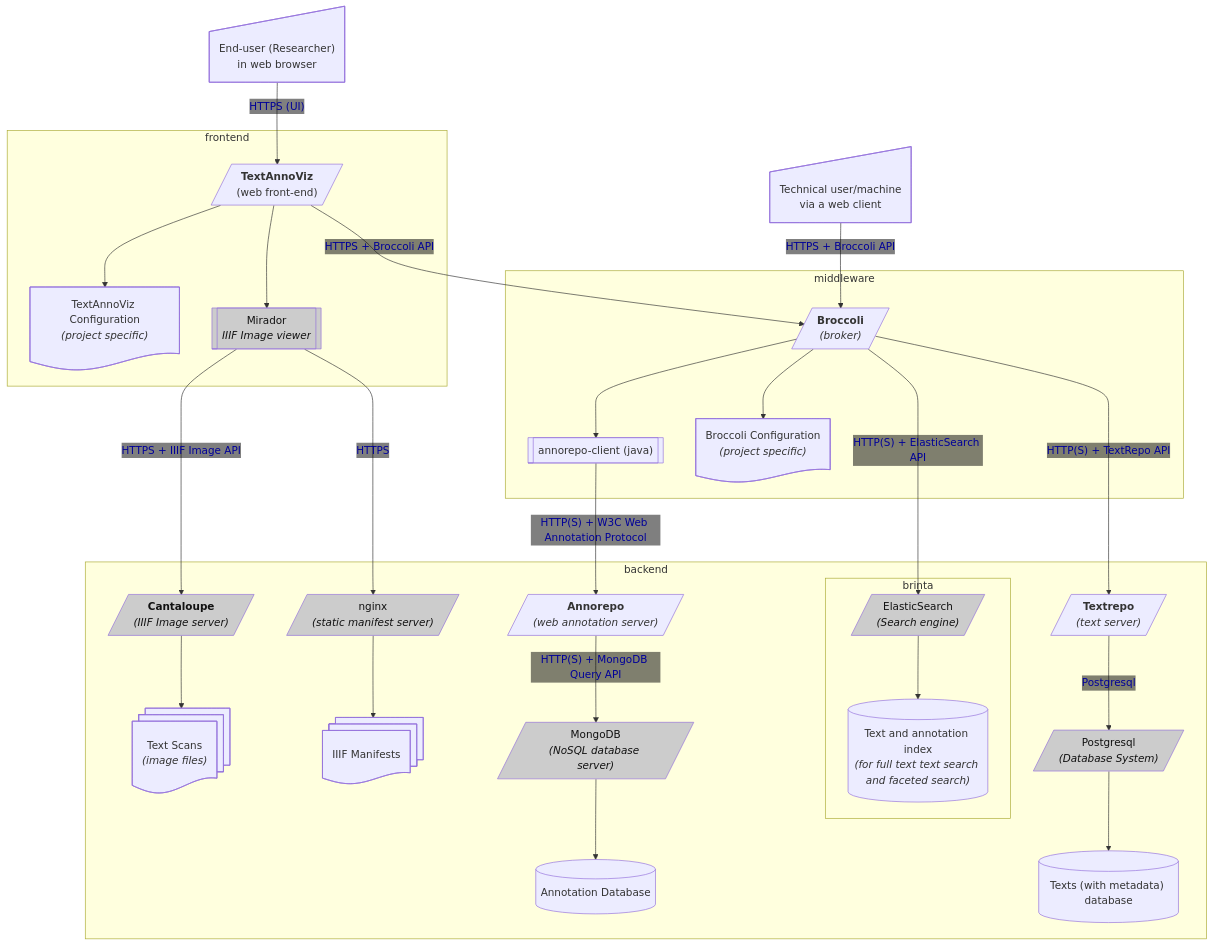
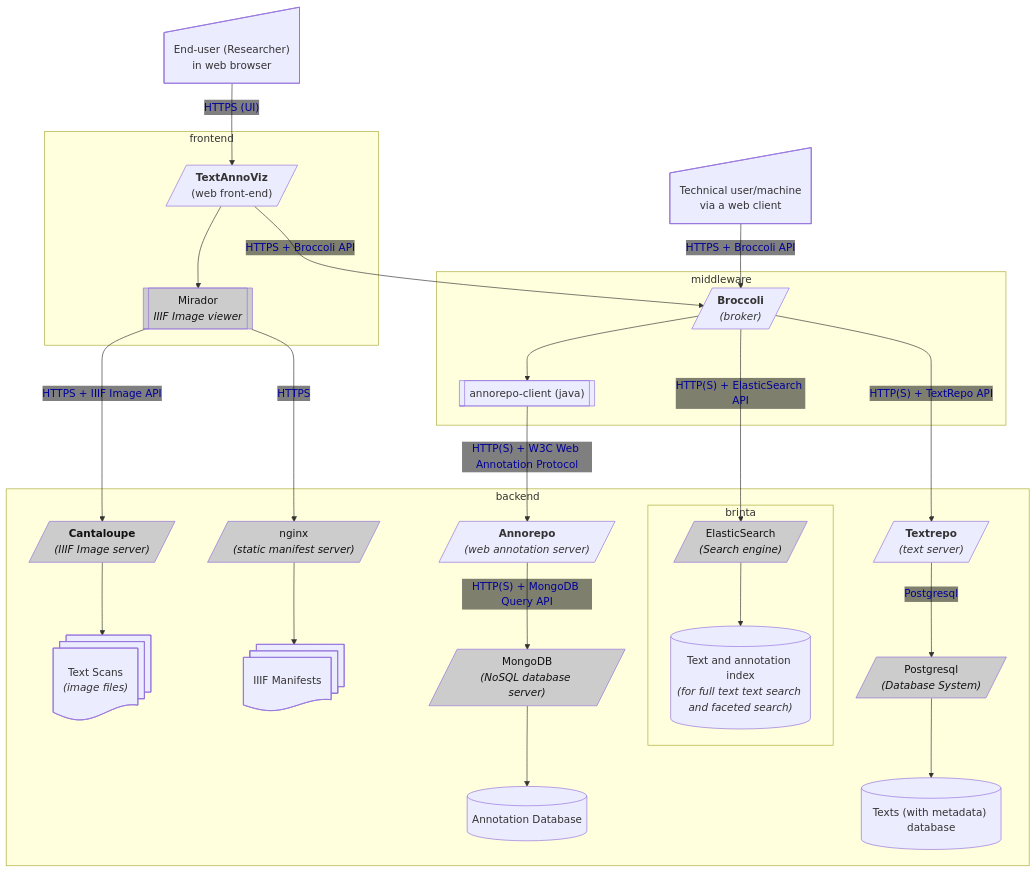
One commit to knaw-huc/tt-architecture changed the first of 5 diagrams in README.md. Above: the diagram before and after it, drawn with Mermaid. The commit also changed other lines of this file, not shown here.

Commit message:
configuration files are left implied, not explicit

````diff
--- a/README.md
+++ b/README.md
@@ -28,81 +28,75 @@
 ```mermaid
 %%{init: {"flowchart": {"htmlLabels": true},
     'themeVariables': {
       'edgeLabelBackground': 'transparent'
     }
 }}%%
 flowchart TD
 
 
     user@{ shape: sl-rect, label: "End-user (Researcher)<br>in web browser"}
     user -- "HTTPS (UI)" --> textannoviz
     subgraph frontend
-        tavconf@{ shape: doc, label: "TextAnnoViz Configuration<br><i>(project specific)</i>"}
-        textannoviz --> tavconf
-
         textannoviz[/"<b>TextAnnoViz</b><br>(web front-end)"/]
         mirador@{shape: subproc, label: "Mirador<br><i>IIIF Image viewer</i>"}
         textannoviz --> mirador
     end
 
     techuser@{ shape: sl-rect, label: "Technical user/machine<br>via a web client"}
 
     techuser -- "HTTPS + Broccoli API" --> broccoli
     subgraph middleware
         textannoviz -- "HTTPS + Broccoli API" --> broccoli
         broccoli[/"<b>Broccoli</b><br><i>(broker)</i>"/]
 
         broccoli_annorepoclient@{shape: subproc, label: "annorepo-client (java)"}
         broccoli --> broccoli_annorepoclient 
-
-        broccoli --> brocconf
-        brocconf@{ shape: doc, label: "Broccoli Configuration<br><i>(project specific)</i>"}
     end
 
 
     subgraph backend
     
         annorepo[/"<b>Annorepo</b><br><i>(web annotation server)</i>"/]
         mongodb[/"MongoDB<br><i>(NoSQL database server)</i>"/]
         annorepo_db[("Annotation Database")]
         annorepo -- "HTTP(S) + MongoDB Query API" --> mongodb --> annorepo_db
 
 
         textscans@{ shape: docs, label: "Text Scans<br><i>(image files)</i>"}
         textdb@{ shape: database, label: "Texts (with metadata) database"}
 
         textrepo[/"<b>Textrepo</b><br><i>(text server)</i>"/]
         postgresql[/"Postgresql<br><i>(Database System)</i>"/]
 
         subgraph brinta
             broccoli -- "HTTP(S) + ElasticSearch API" --> elasticsearch
             elasticsearch[/"ElasticSearch<br><i>(Search engine)</i>"/]
             searchindex[("Text and annotation index<br><i>(for full text text search and faceted search)</i>")]
             elasticsearch --> searchindex
         end
 
         textrepo -- "Postgresql" --> postgresql
 
         postgresql --> textdb
 
         cantaloupe[/"<b>Cantaloupe</b><br><i>(IIIF Image server)</i>"/]
         manifests@{ shape: docs, label: "IIIF Manifests"}
         cantaloupe --> textscans
 
         broccoli_annorepoclient -- "HTTP(S) + W3C Web Annotation Protocol" --> annorepo
         broccoli -- "HTTP(S) + TextRepo API" --> textrepo
 
         manifest_server[/"nginx<br><i>(static manifest server)</i>"/]
         manifest_server --> manifests
 
 
         mirador -- "HTTPS + IIIF Image API" --> cantaloupe
         mirador -- "HTTPS" --> manifest_server
     end
 
 
     classDef thirdparty fill:#ccc,color:#111
     class cantaloupe,mongodb,elasticsearch,postgresql,mirador,manifest_server thirdparty
 
     linkStyle default background:transparent,color:#009
 ```
````
